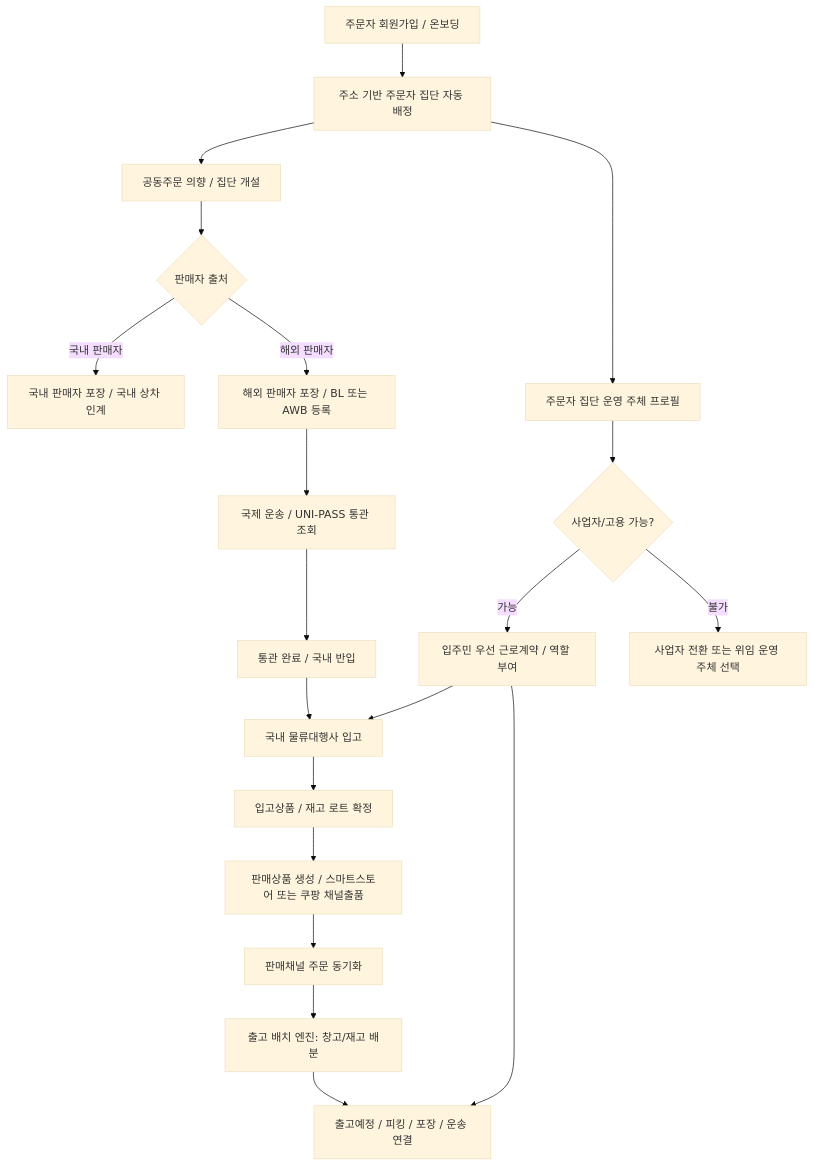
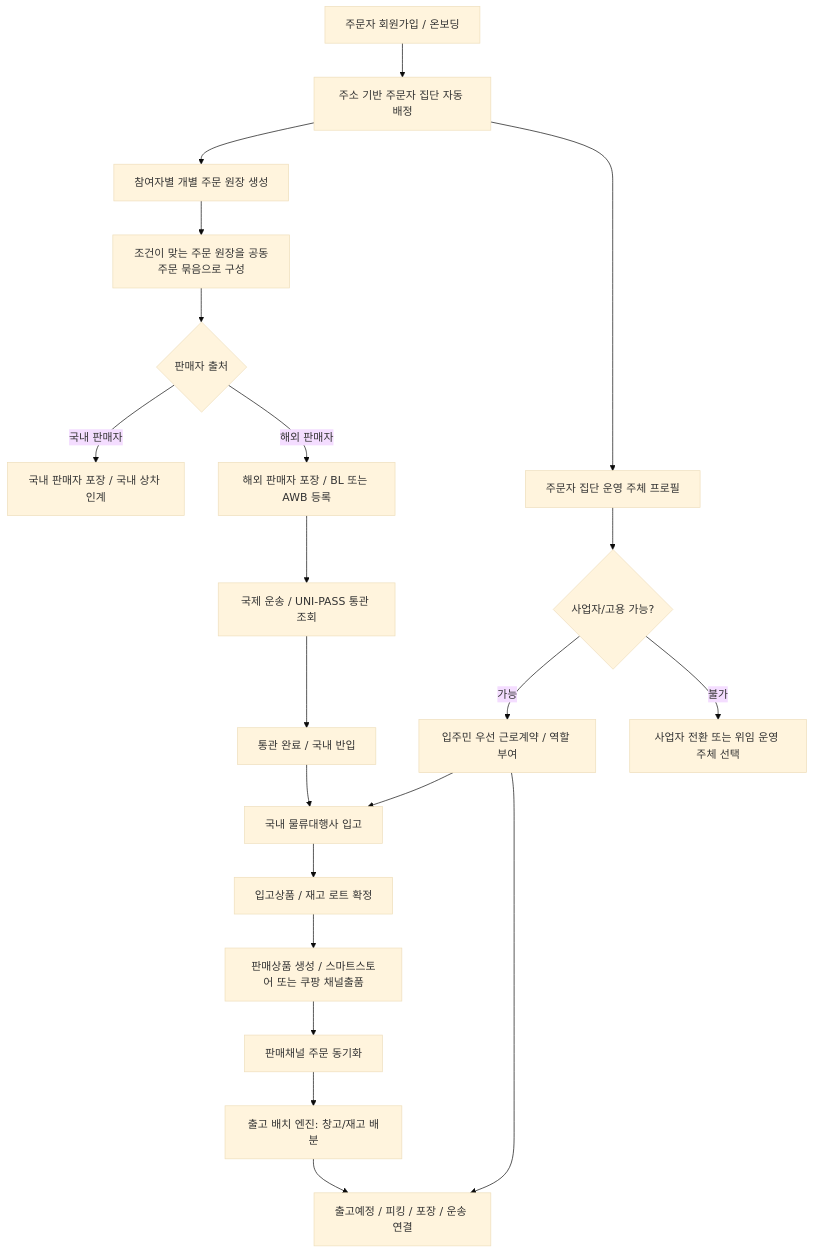
The diagram in docs/ProjectOverview/orderer-group-commerce-flows.md (cheolwo/hongdal), drawn with Mermaid (base theme) before and after one commit. The commit also changed other lines of this file and 32 other files, not shown here.

````diff
--- a/docs/ProjectOverview/orderer-group-commerce-flows.md
+++ b/docs/ProjectOverview/orderer-group-commerce-flows.md
@@ -23,22 +26,23 @@
 ```mermaid
 flowchart TD
     A["주문자 회원가입 / 온보딩"] --> B["주소 기반 주문자 집단 자동 배정"]
-    B --> C["공동주문 의향 / 집단 개설"]
+    B --> C0["참여자별 개별 주문 원장 생성"]
+    C0 --> C["조건이 맞는 주문 원장을 공동주문 묶음으로 구성"]
     C --> D{"판매자 출처"}
     D -->|국내 판매자| E["국내 판매자 포장 / 국내 상차 인계"]
     D -->|해외 판매자| F["해외 판매자 포장 / BL 또는 AWB 등록"]
     F --> G["국제 운송 / UNI-PASS 통관 조회"]
     G --> H["통관 완료 / 국내 반입"]
     H --> I["국내 물류대행사 입고"]
     I --> J["입고상품 / 재고 로트 확정"]
     J --> K["판매상품 생성 / 스마트스토어 또는 쿠팡 채널출품"]
     K --> L["판매채널 주문 동기화"]
     L --> M["출고 배치 엔진: 창고/재고 배분"]
     M --> N["출고예정 / 피킹 / 포장 / 운송 연결"]
     B --> O["주문자 집단 운영 주체 프로필"]
     O --> P{"사업자/고용 가능?"}
     P -->|가능| Q["입주민 우선 근로계약 / 역할 부여"]
     P -->|불가| R["사업자 전환 또는 위임 운영 주체 선택"]
     Q --> I
     Q --> N
 ```
````
